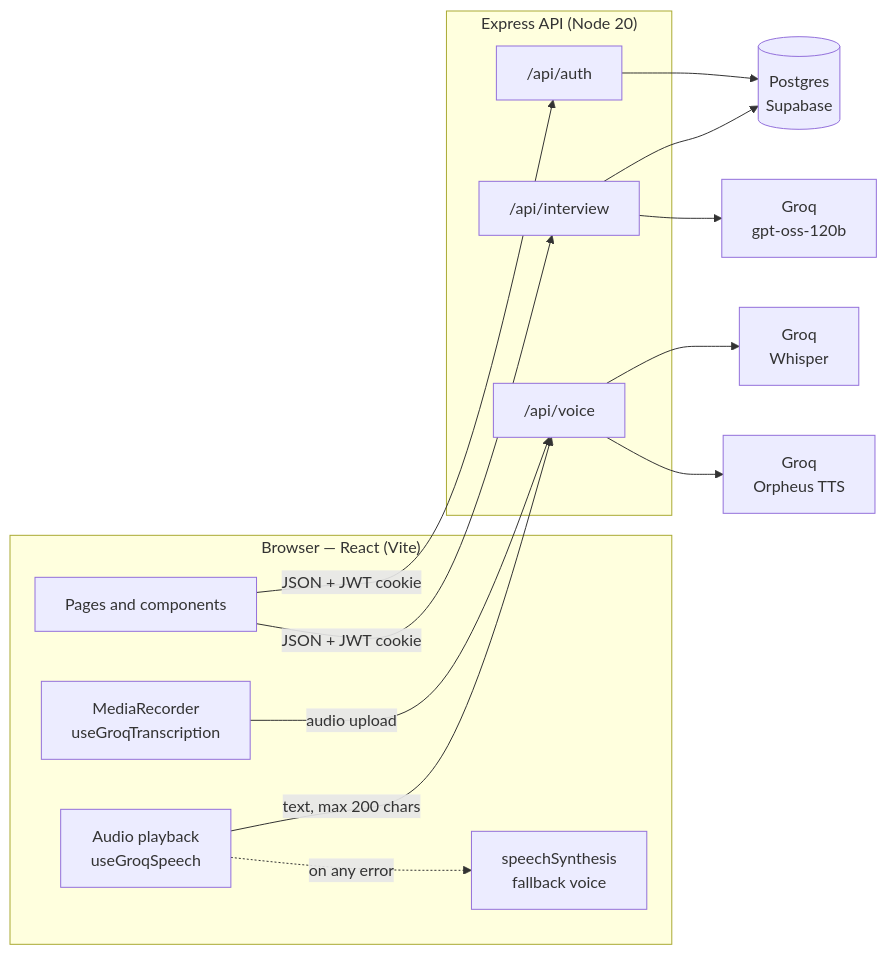
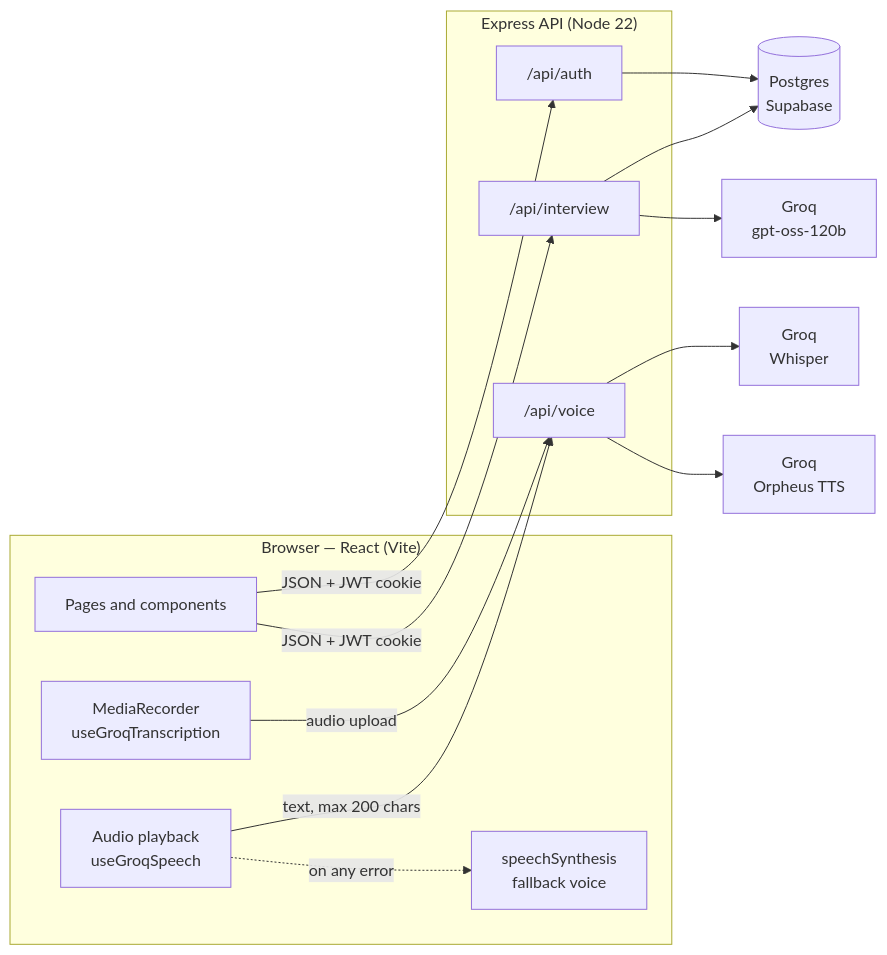
One commit to harshithsunku/ai-interviewer changed the first of 2 diagrams in docs/architecture.md. Above: the diagram before and after it, drawn with Mermaid. The commit also changed 7 other files, not shown here.

````diff
--- a/docs/architecture.md
+++ b/docs/architecture.md
@@ -14,28 +14,28 @@
 ```mermaid
 flowchart LR
   subgraph Browser["Browser — React (Vite)"]
     UI["Pages and components"]
     REC["MediaRecorder<br/>useGroqTranscription"]
     TTS["Audio playback<br/>useGroqSpeech"]
     WS["speechSynthesis<br/>fallback voice"]
   end
 
-  subgraph Server["Express API (Node 20)"]
+  subgraph Server["Express API (Node 22)"]
     AUTH["/api/auth"]
     INT["/api/interview"]
     VOICE["/api/voice"]
   end
 
   DB[("Postgres<br/>Supabase")]
   LLM["Groq<br/>gpt-oss-120b"]
   STT["Groq<br/>Whisper"]
   ORP["Groq<br/>Orpheus TTS"]
 
   UI -- JSON + JWT cookie --> AUTH & INT
   REC -- audio upload --> VOICE
   TTS -- "text, max 200 chars" --> VOICE
   TTS -. on any error .-> WS
   AUTH & INT --> DB
   INT --> LLM
   VOICE --> STT & ORP
 ```
````
